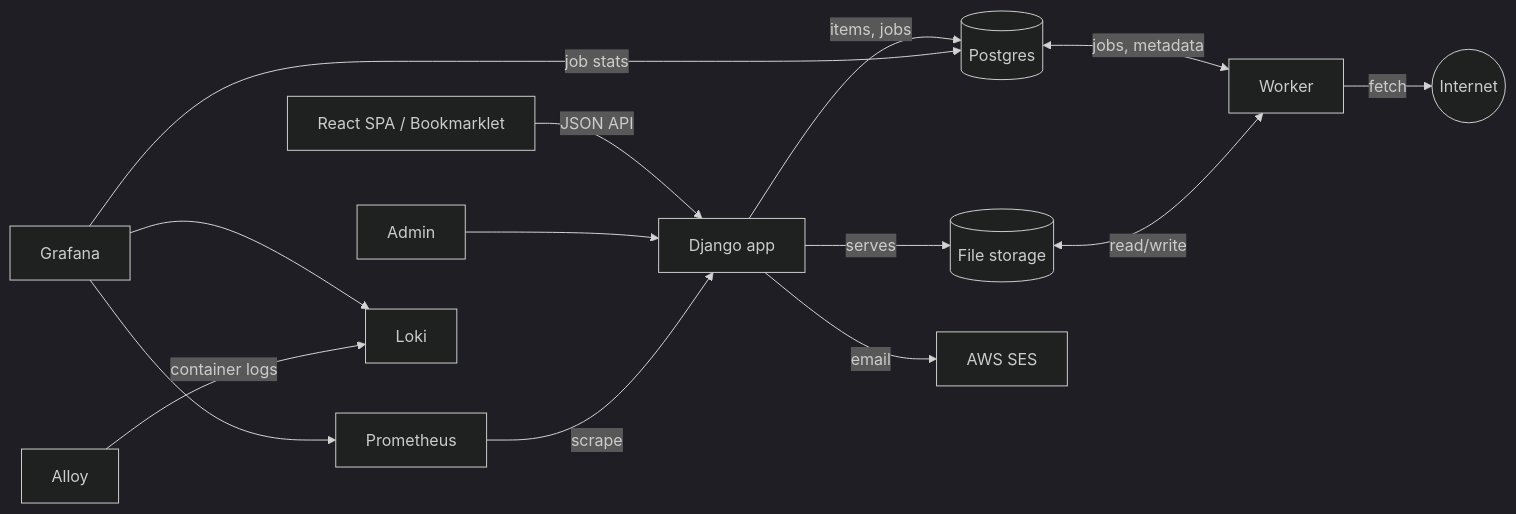
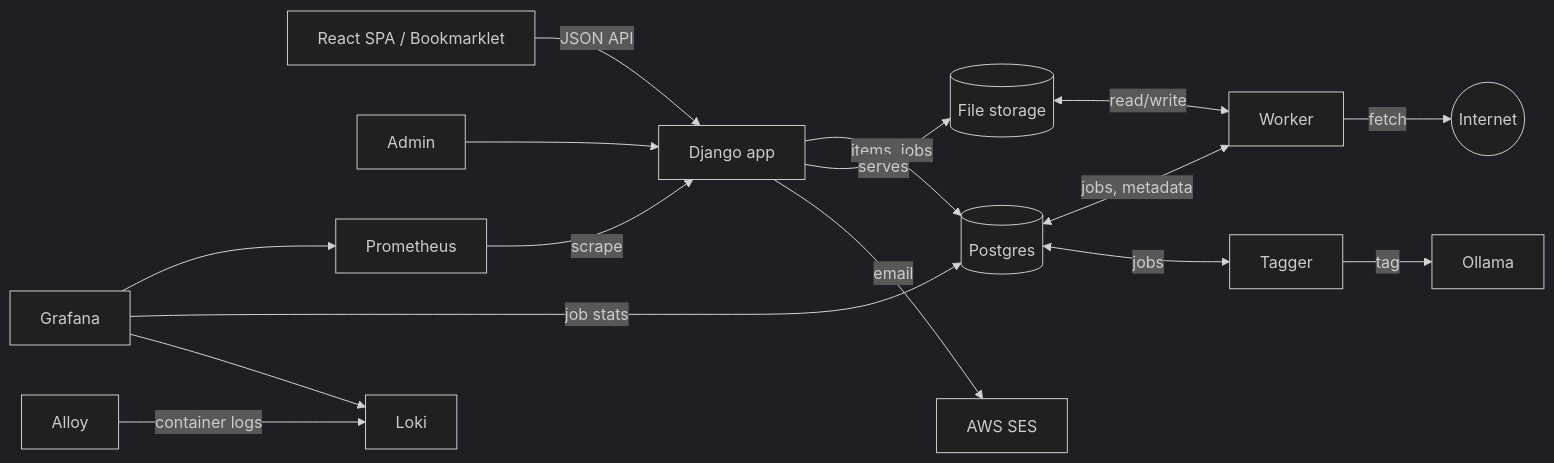
Before and after one commit to cfq/extended-mind: the diagram in docs/spec/architecture.md, drawn with Mermaid (dark theme). The commit also changed other lines of this file and 30 other files, not shown here.

````diff
--- a/docs/spec/architecture.md
+++ b/docs/spec/architecture.md
@@ -5,16 +5,18 @@
 ```mermaid
 flowchart LR
     Client[React SPA / Bookmarklet] -->|JSON API| App[Django app]
     Admin[Admin] --> App
     App -->|items, jobs| DB[(Postgres)]
     DB <-->|jobs, metadata| Worker
     Worker -->|fetch| Web((Internet))
+    Tagger -->|tag| Ollama
+    DB <-->|jobs| Tagger
     Files[(File storage)] <-->|read/write| Worker
     App -->|serves| Files
     App -->|email| SES[AWS SES]
     Prometheus -->|scrape| App
     Grafana --> Prometheus
     Grafana -->|job stats| DB
     Grafana --> Loki
     Alloy -->|container logs| Loki
 ```
````
